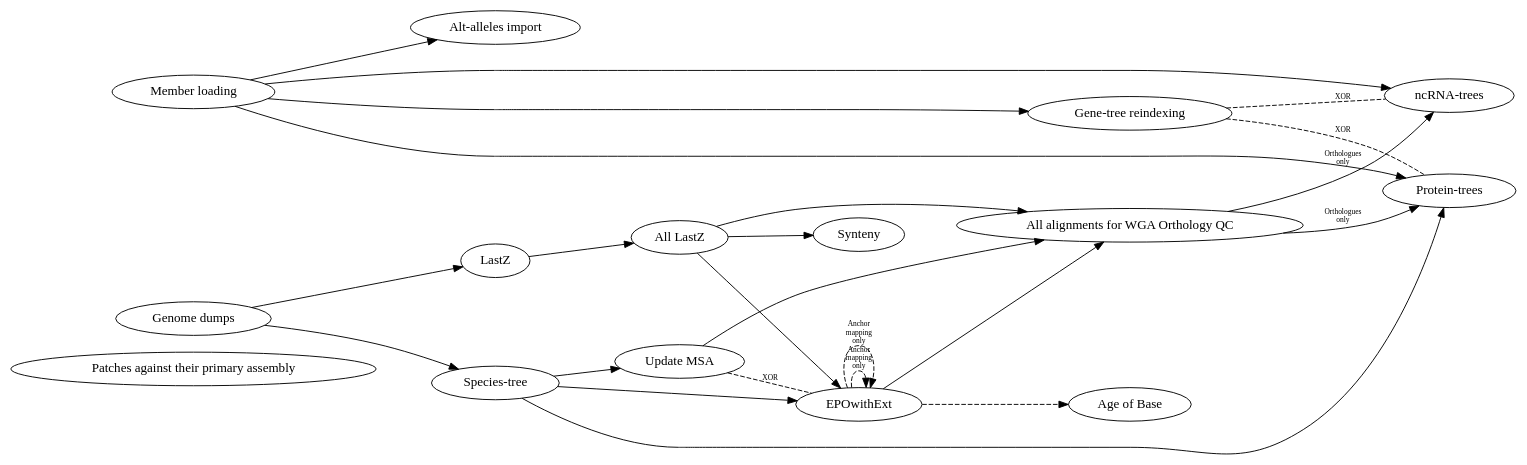
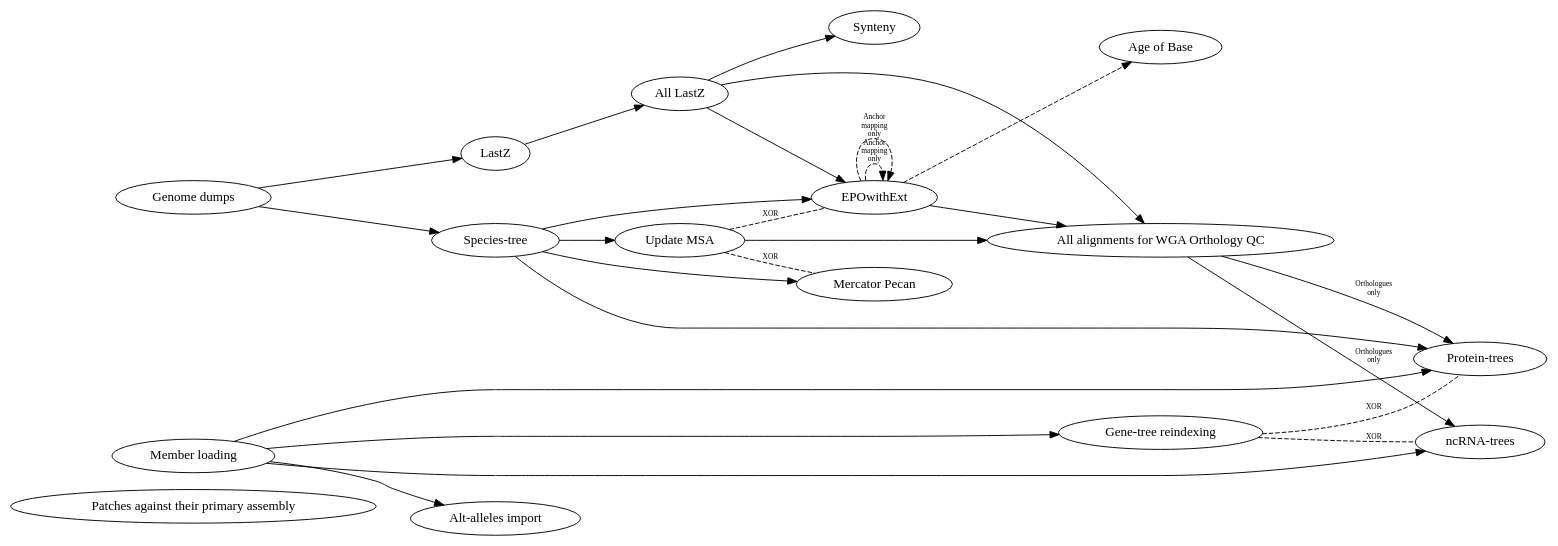
One commit to Ensembl/ensembl-compara changed the diagram in scripts/jira_tickets/compara_merged.dot. Above: the diagram before and after it, drawn with Graphviz. The commit also changed 1 other file, not shown here.

Commit message:
reintroduce Mercator-Pecan into Vertebrates

```diff
--- a/scripts/jira_tickets/compara_merged.dot
+++ b/scripts/jira_tickets/compara_merged.dot
@@ -1,23 +1,24 @@
 digraph {
     rankdir=LR;  # Left-to-right graph instead of top-to-bottom
     "Patches against their primary assembly";
 
     "Genome dumps" -> { "Species-tree", "LastZ" };
-    "Species-tree" -> { "EPOwithExt", "Protein-trees", "Update MSA" };
+    "Species-tree" -> { "EPOwithExt", "Protein-trees", "Update MSA", "Mercator Pecan" };
     "All LastZ" -> "EPOwithExt";
     "Member loading" -> { "Protein-trees", "ncRNA-trees", "Gene-tree reindexing", "Alt-alleles import" };
     {"All LastZ", "EPOwithExt", "Update MSA"} -> "All alignments for WGA Orthology QC";
     "All alignments for WGA Orthology QC" -> "Protein-trees" [fontsize="8", label="Orthologues\nonly"];
     "All alignments for WGA Orthology QC" -> "ncRNA-trees" [fontsize="8", label="Orthologues\nonly"];
     "LastZ" -> "All LastZ" -> "Synteny";
 
     "Gene-tree reindexing" -> "ncRNA-trees" [style="dashed", dir=none, fontsize="8", label="XOR"];
     "Gene-tree reindexing" -> "Protein-trees" [style="dashed", dir=none, fontsize="8", label="XOR"];
     "EPOwithExt" -> "EPOwithExt" [style="dashed", fontsize="8", label="Anchor\nmapping\nonly", headport="Primates:e", tailport="Mammals:e"];
     "EPOwithExt" -> "EPOwithExt" [style="dashed", fontsize="8", label="Anchor\nmapping\nonly", headport="Pigs:e", tailport="Mammals:e"];
     "EPOwithExt" -> "Age of Base" [style="dashed", headport="Human:w", tailport="Mammals:e"];
     "Update MSA" -> "EPOwithExt" [style="dashed", dir=none, fontsize="8", label="XOR"];
+    "Update MSA" -> "Mercator Pecan" [style="dashed", dir=none, fontsize="8", label="XOR"];
 
     // Helps laying out the graph
     {rank = same; "Genome dumps"; "Member loading"; }
 }
```
